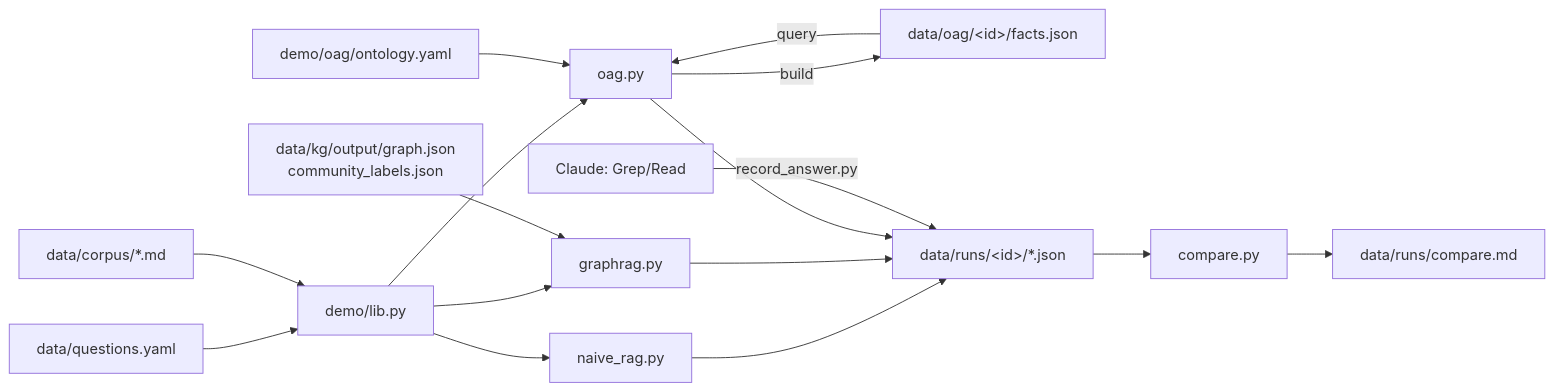
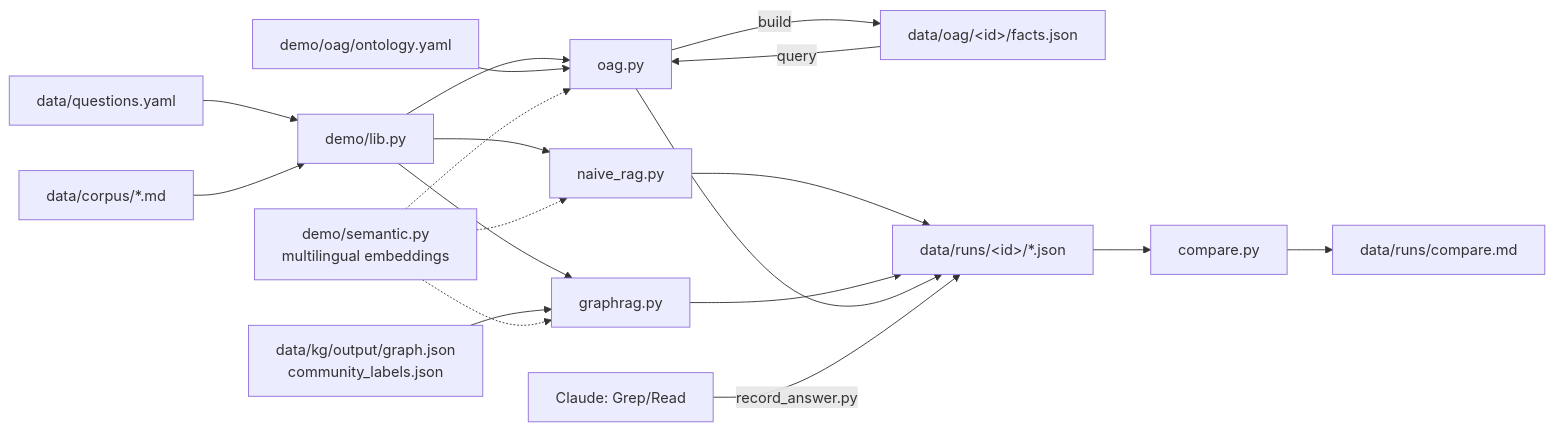
Before and after one commit to olonok69/oag_vs_kg_ml_engineer: the diagram in docs/TECHNICAL_GUIDE.md, drawn with Mermaid. The commit also changed other lines of this file and 29 other files, not shown here.

````diff
--- a/docs/TECHNICAL_GUIDE.md
+++ b/docs/TECHNICAL_GUIDE.md
@@ -13,17 +13,20 @@
 ```mermaid
 flowchart LR
     Q[data/questions.yaml] --> L[demo/lib.py]
     C[data/corpus/*.md] --> L
     L --> N[naive_rag.py]
     L --> G[graphrag.py]
     L --> O[oag.py]
     K[data/kg/output/graph.json<br/>community_labels.json] --> G
     ON[demo/oag/ontology.yaml] --> O
+    S[demo/semantic.py<br/>multilingual embeddings] -.-> N
+    S -.-> G
+    S -.-> O
     O -- build --> F[data/oag/&lt;id&gt;/facts.json]
     F -- query --> O
     N --> R[data/runs/&lt;id&gt;/*.json]
     G --> R
     O --> R
     A[Claude: Grep/Read] -- record_answer.py --> R
     R --> CMP[compare.py] --> MD[data/runs/compare.md]
 ```
````
